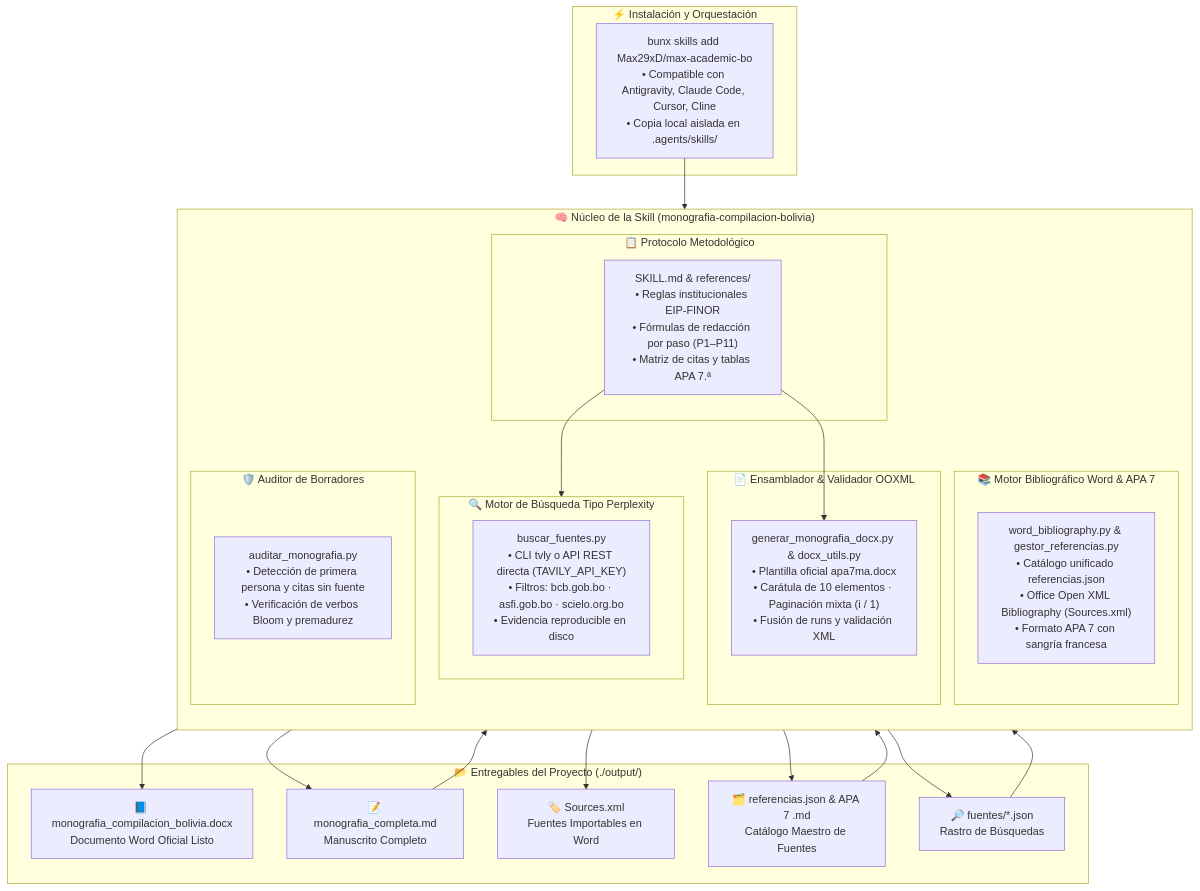
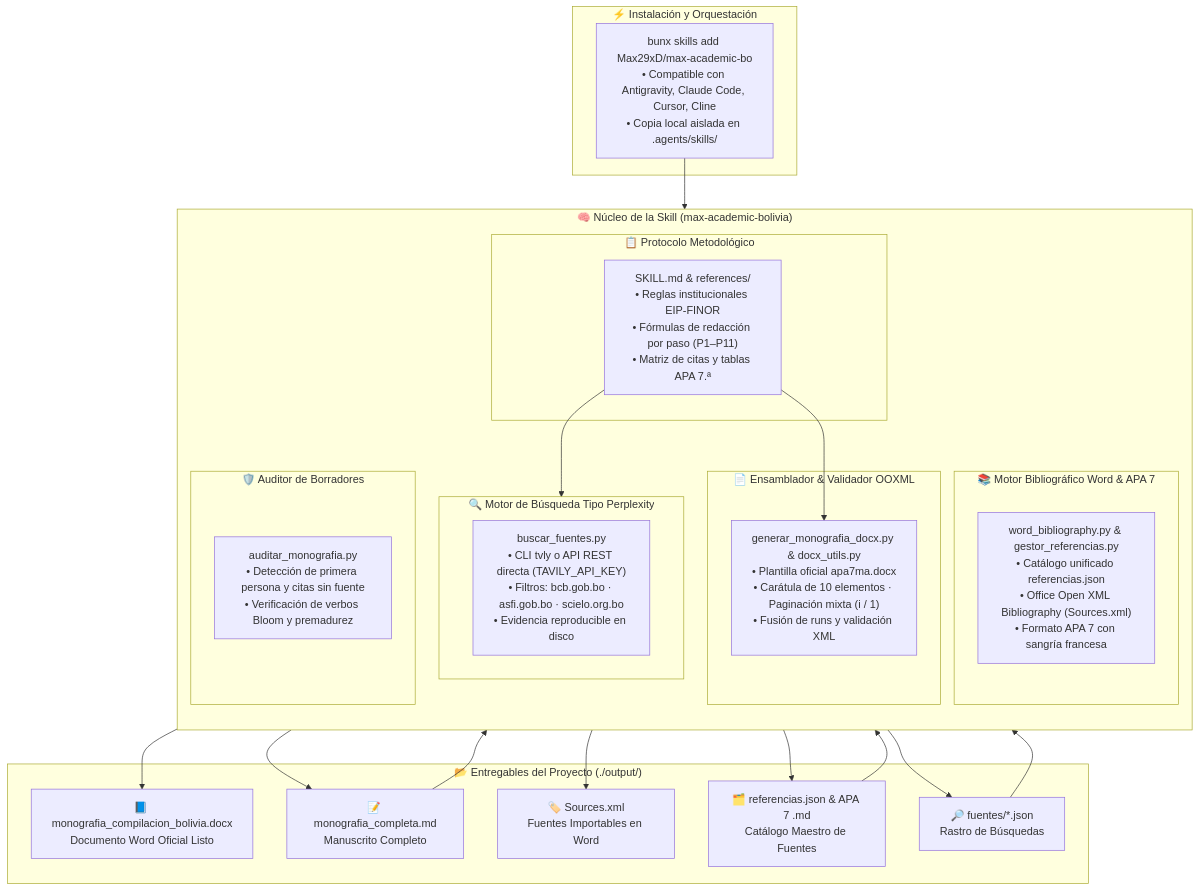
Before and after one commit to Max29xD/max-academic-bo: the diagram in README.md, drawn with Mermaid. The commit also changed other lines of this file and 25 other files, not shown here.

Commit message:
refactor: renombrar skill de monografia-compilacion-bolivia a max-academic-bolivia

````diff
--- a/README.md
+++ b/README.md
@@ -72,51 +72,51 @@
 ```mermaid
 flowchart TD
     subgraph CLI["⚡ Instalación y Orquestación"]
         BUNX["bunx skills add Max29xD/max-academic-bo<br/>• Compatible con Antigravity, Claude Code, Cursor, Cline<br/>• Copia local aislada en .agents/skills/"]
     end
 
-    subgraph ENGINE["🧠 Núcleo de la Skill (monografia-compilacion-bolivia)"]
+    subgraph ENGINE["🧠 Núcleo de la Skill (max-academic-bolivia)"]
         direction TB
 
         subgraph PROMPT["📋 Protocolo Metodológico"]
             SKILL_MD["SKILL.md & references/<br/>• Reglas institucionales EIP-FINOR<br/>• Fórmulas de redacción por paso (P1–P11)<br/>• Matriz de citas y tablas APA 7.ª"]
         end
 
         subgraph SEARCH["🔍 Motor de Búsqueda Tipo Perplexity"]
             BUSCAR["buscar_fuentes.py<br/>• CLI tvly o API REST directa (TAVILY_API_KEY)<br/>• Filtros: bcb.gob.bo · asfi.gob.bo · scielo.org.bo<br/>• Evidencia reproducible en disco"]
         end
 
         subgraph BIBLIO["📚 Motor Bibliográfico Word & APA 7"]
             BIB["word_bibliography.py & gestor_referencias.py<br/>• Catálogo unificado referencias.json<br/>• Office Open XML Bibliography (Sources.xml)<br/>• Formato APA 7 con sangría francesa"]
         end
 
         subgraph WORD["📄 Ensamblador & Validador OOXML"]
             GEN["generar_monografia_docx.py & docx_utils.py<br/>• Plantilla oficial apa7ma.docx<br/>• Carátula de 10 elementos · Paginación mixta (i / 1)<br/>• Fusión de runs y validación XML"]
         end
 
         subgraph AUDIT["🛡️ Auditor de Borradores"]
             AUD["auditar_monografia.py<br/>• Detección de primera persona y citas sin fuente<br/>• Verificación de verbos Bloom y premadurez"]
         end
     end
 
     subgraph ARTIFACTS["📂 Entregables del Proyecto (./output/)"]
         DOCX["📘 monografia_compilacion_bolivia.docx<br/>Documento Word Oficial Listo"]
         MD_DOC["📝 monografia_completa.md<br/>Manuscrito Completo"]
         XML_SRC["🏷️ Sources.xml<br/>Fuentes Importables en Word"]
         JSON_CAT["🗂️ referencias.json & APA 7 .md<br/>Catálogo Maestro de Fuentes"]
         EVID["🔎 fuentes/*.json<br/>Rastro de Búsquedas"]
     end
 
     %% Relaciones
     BUNX --> ENGINE
     SKILL_MD --> SEARCH
     SEARCH --> EVID
     EVID --> BIB
     BIB --> JSON_CAT
     BIB --> XML_SRC
     JSON_CAT --> GEN
     SKILL_MD --> GEN
     GEN --> DOCX
     GEN --> MD_DOC
     MD_DOC --> AUD
 ```
````
